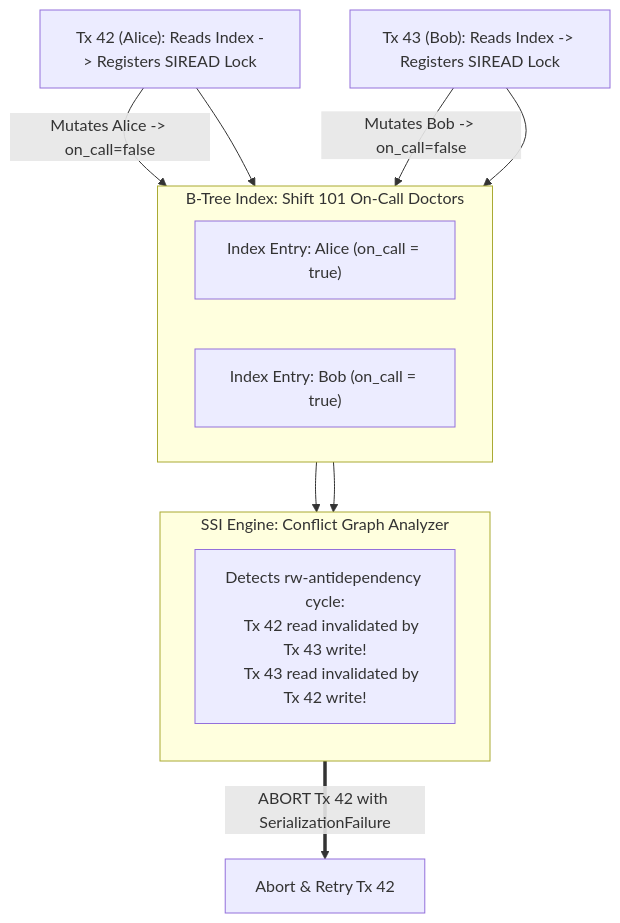
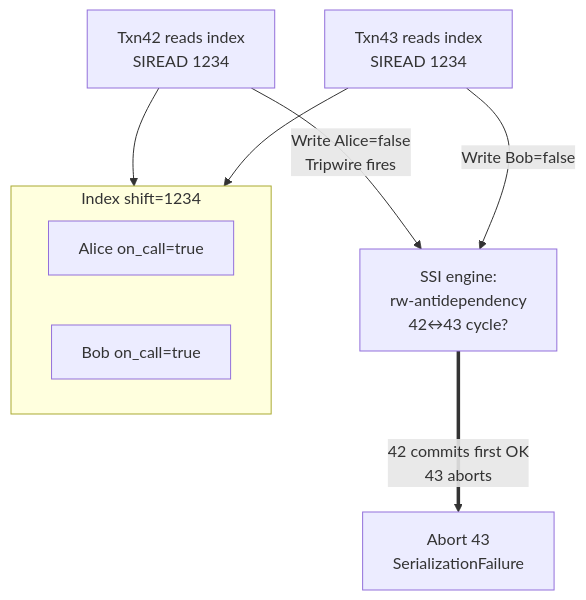
Before and after one commit to 1mimhe/books-summery: diagram 11 of 14 in 01 Designing Data-Intensive Applications/chapter-08-transactions.md, drawn with Mermaid. The commit also changed other lines of this file and 2 other files, not shown here.

Commit message:
docs(book01): forensic rewrite ch08-10 (14 txn figs+XSSI, fig 9-5/Byzantine, IDs/UUID consensus)

````diff
--- a/01 Designing Data-Intensive Applications/chapter-08-transactions.md
+++ b/01 Designing Data-Intensive Applications/chapter-08-transactions.md
@@ -412,25 +590,13 @@
 ```mermaid
 flowchart TD
-  subgraph IDX["B-Tree Index: Shift 101 On-Call Doctors"]
+  subgraph IDX["Index shift=1234"]
     direction LR
-    E1["Index Entry: Alice (on_call = true)"]
-    E2["Index Entry: Bob (on_call = true)"]
+    E1["Alice on_call=true"]
+    E2["Bob on_call=true"]
   end
-
-  T42["Tx 42 (Alice): Reads Index -> Registers SIREAD Lock"] --> IDX
-  T43["Tx 43 (Bob): Reads Index -> Registers SIREAD Lock"] --> IDX
-
-  T42 -->|"Mutates Alice -> on_call=false"| E1
-  T43 -->|"Mutates Bob -> on_call=false"| E2
-
-  subgraph ENGINE["SSI Engine: Conflict Graph Analyzer"]
-    direction TB
-    DET["Detects rw-antidependency cycle:
-    Tx 42 read invalidated by Tx 43 write!
-    Tx 43 read invalidated by Tx 42 write!"]
-  end
-
-  E1 --> ENGINE
-  E2 --> ENGINE
-  ENGINE ==>|"ABORT Tx 42 with SerializationFailure"| ABORT["Abort & Retry Tx 42"]
+  T42["Txn42 reads index<br/>SIREAD 1234"] --> IDX
+  T43["Txn43 reads index<br/>SIREAD 1234"] --> IDX
+  T42 -->|"Write Alice=false<br/>Tripwire fires"| ENG["SSI engine:<br/>rw-antidependency<br/>42↔43 cycle?"]
+  T43 -->|"Write Bob=false"| ENG
+  ENG ==>|"42 commits first OK<br/>43 aborts"| AB["Abort 43<br/>SerializationFailure"]
 ```
````
